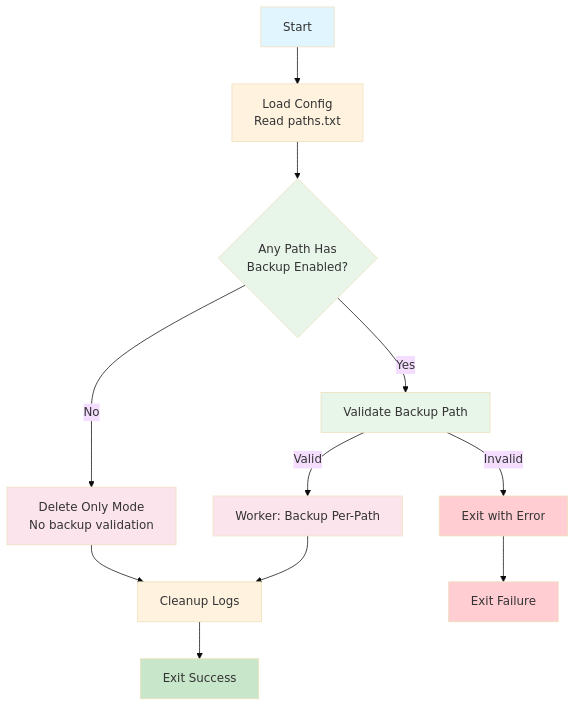
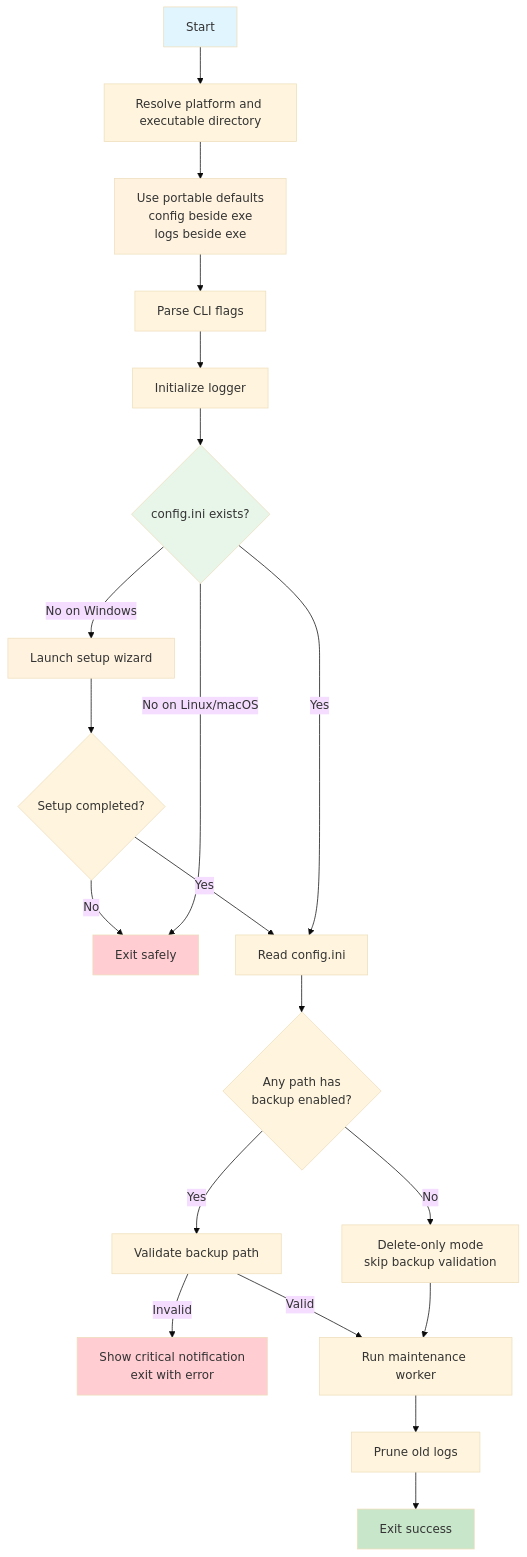
Before and after one commit to theweak1/file-maintenance: the diagram in docs/diagrams/execution-flow-high-level.md, drawn with Mermaid (base theme). The commit also changed 38 other files, not shown here.

Commit message:
docs: update setup wizard and platform abstraction documentation

````diff
--- a/docs/diagrams/execution-flow-high-level.md
+++ b/docs/diagrams/execution-flow-high-level.md
@@ -1,28 +1,30 @@
 ```mermaid
 flowchart TD
-    A[Start] --> B[Load Config<br/>Read paths.txt]
-    B --> C{Any Path Has<br/>Backup Enabled?}
-    C -->|No| D[Delete Only Mode<br/>No backup validation]
-    C -->|Yes| E[Validate Backup Path]
-    E -->|Valid| F[Worker: Backup Per-Path]
-    E -->|Invalid| G[Exit with Error]
-    
-    D --> H[Cleanup Logs]
-    F --> H
-    
-    H --> I[Exit Success]
-    G --> J[Exit Failure]
+    A[Start] --> B[Resolve platform and executable directory]
+    B --> C[Use portable defaults<br/>config beside exe<br/>logs beside exe]
+    C --> D[Parse CLI flags]
+    D --> E[Initialize logger]
+    E --> F{config.ini exists?}
+    F -->|No on Windows| G[Launch setup wizard]
+    G --> H{Setup completed?}
+    H -->|No| I[Exit safely]
+    H -->|Yes| J[Read config.ini]
+    F -->|No on Linux/macOS| I
+    F -->|Yes| J
+    J --> K{Any path has<br/>backup enabled?}
+    K -->|No| L[Delete-only mode<br/>skip backup validation]
+    K -->|Yes| M[Validate backup path]
+    M -->|Invalid| N[Show critical notification<br/>exit with error]
+    M -->|Valid| O[Run maintenance worker]
+    L --> O
+    O --> P[Prune old logs]
+    P --> Q[Exit success]
 
-    %% Styling
     style A fill:#e1f5fe
-    style B fill:#fff3e0
-    style C fill:#e8f5e9
-    style D fill:#fce4ec
-    style E fill:#e8f5e9
-    style F fill:#fce4ec
-    style G fill:#ffcdd2
-    style H fill:#fff3e0
-    style I fill:#c8e6c9
-    style J fill:#ffcdd2
-
+    style C fill:#fff3e0
+    style F fill:#e8f5e9
+    style G fill:#fff3e0
+    style I fill:#ffcdd2
+    style N fill:#ffcdd2
+    style Q fill:#c8e6c9
 ```
````
